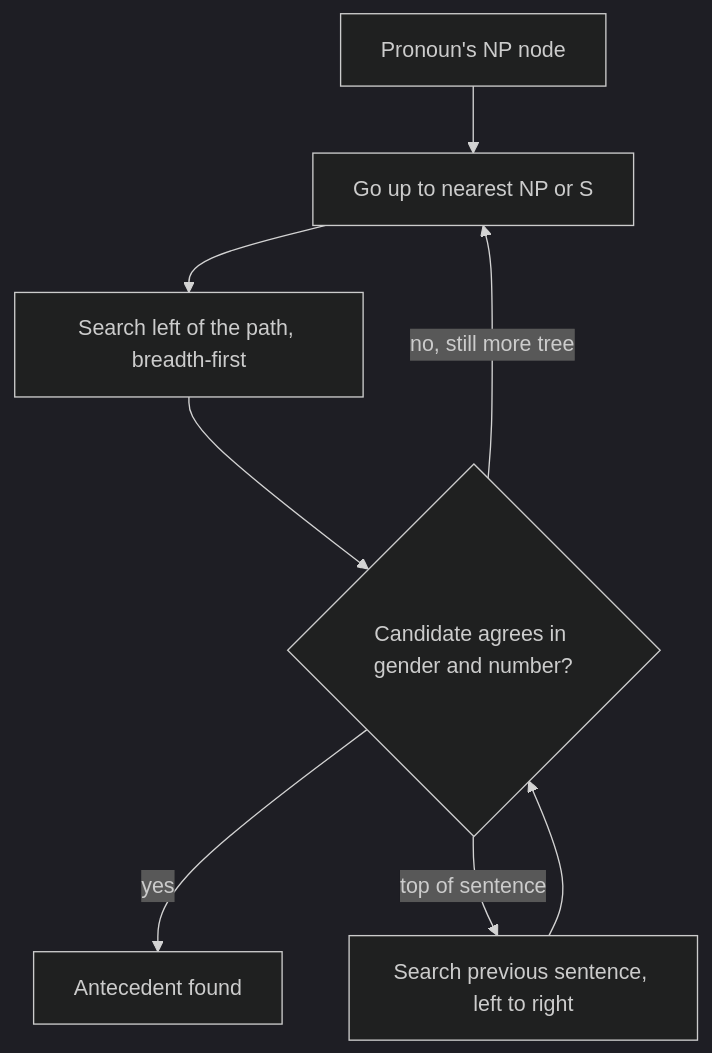
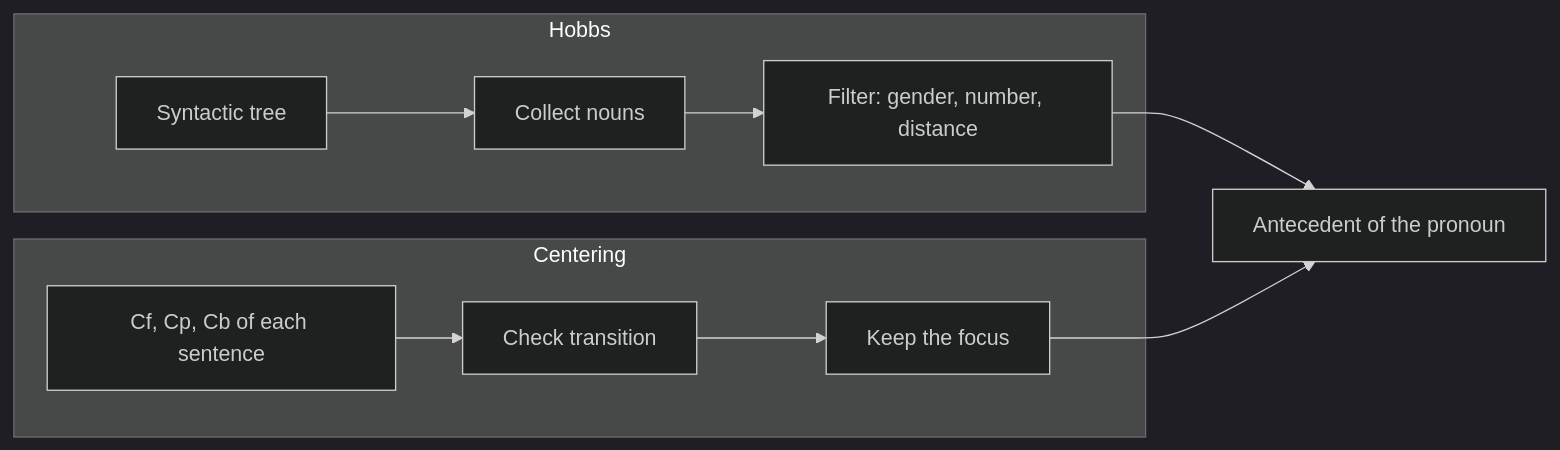
The diagram in content/natural-language-processing/pyq/2024-12-ce/q3b.mdx (TrendySloth1001/sem-seven-notes), drawn with Mermaid (dark theme) before and after one commit. The commit also changed other lines of this file and 406 other files, not shown here.

````diff
--- a/content/natural-language-processing/pyq/2024-12-ce/q3b.mdx
+++ b/content/natural-language-processing/pyq/2024-12-ce/q3b.mdx
@@ -14,11 +11,12 @@
 ```mermaid
-%% caption: Hobbs' search order. The pronoun's own sentence is searched upwards first, then earlier sentences from the nearest backwards.
-flowchart TD
-  A["Pronoun's NP node"] --> B["Go up to nearest NP or S"]
-  B --> C["Search left of the path, breadth-first"]
-  C --> D{"Candidate agrees in gender and number?"}
-  D -->|"yes"| E["Antecedent found"]
-  D -->|"no, still more tree"| B
-  D -->|"top of sentence"| F["Search previous sentence, left to right"]
-  F --> D
+%% caption: Hobbs and Centering side by side: different inputs, the same output.
+flowchart LR
+  subgraph H["Hobbs"]
+    H1["Syntactic tree"] --> H2["Collect nouns"] --> H3["Filter: gender, number, distance"]
+  end
+  subgraph G["Centering"]
+    G1["Cf, Cp, Cb of each sentence"] --> G2["Check transition"] --> G3["Keep the focus"]
+  end
+  H3 --> R["Antecedent of the pronoun"]
+  G3 --> R
 ```
````
